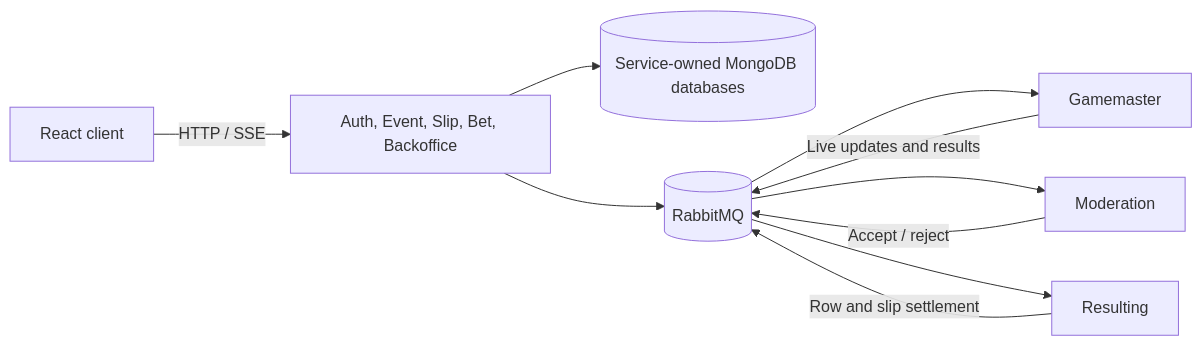
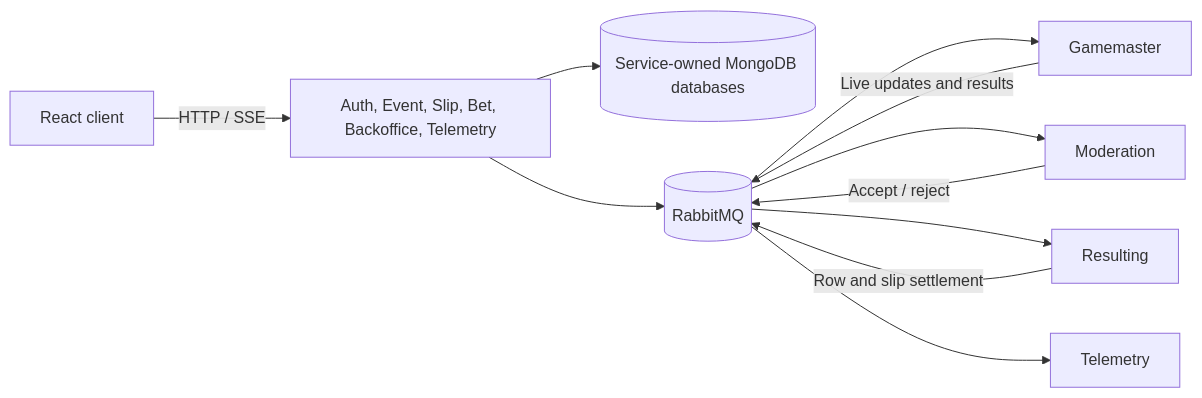
One commit to vasilyevstan/betstan changed the diagram in README.md. Above: the diagram before and after it, drawn with Mermaid. The commit also changed other lines of this file and 28 other files, not shown here.

````diff
--- a/README.md
+++ b/README.md
@@ -32,12 +32,13 @@
 ```mermaid
 flowchart LR
-    Client[React client] -->|HTTP / SSE| APIs[Auth, Event, Slip, Bet, Backoffice]
+    Client[React client] -->|HTTP / SSE| APIs[Auth, Event, Slip, Bet, Backoffice, Telemetry]
     APIs --> DB[(Service-owned MongoDB databases)]
     APIs --> Bus[(RabbitMQ)]
     Bus --> GM[Gamemaster]
     Bus --> Mod[Moderation]
     Bus --> Resulting[Resulting]
     GM -->|Live updates and results| Bus
     Mod -->|Accept / reject| Bus
     Resulting -->|Row and slip settlement| Bus
+    Bus --> Telemetry[Telemetry]
 ```
````
